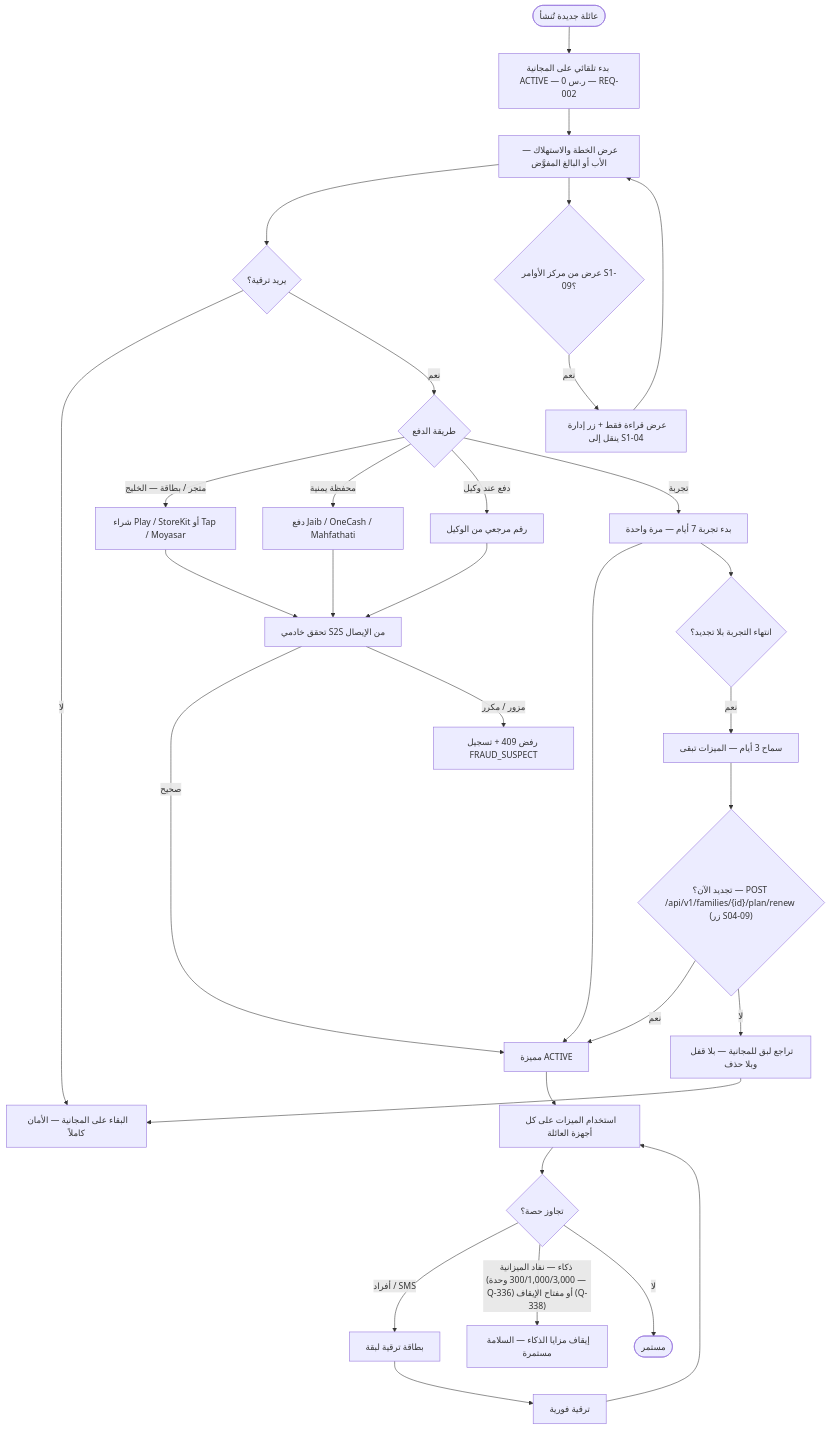
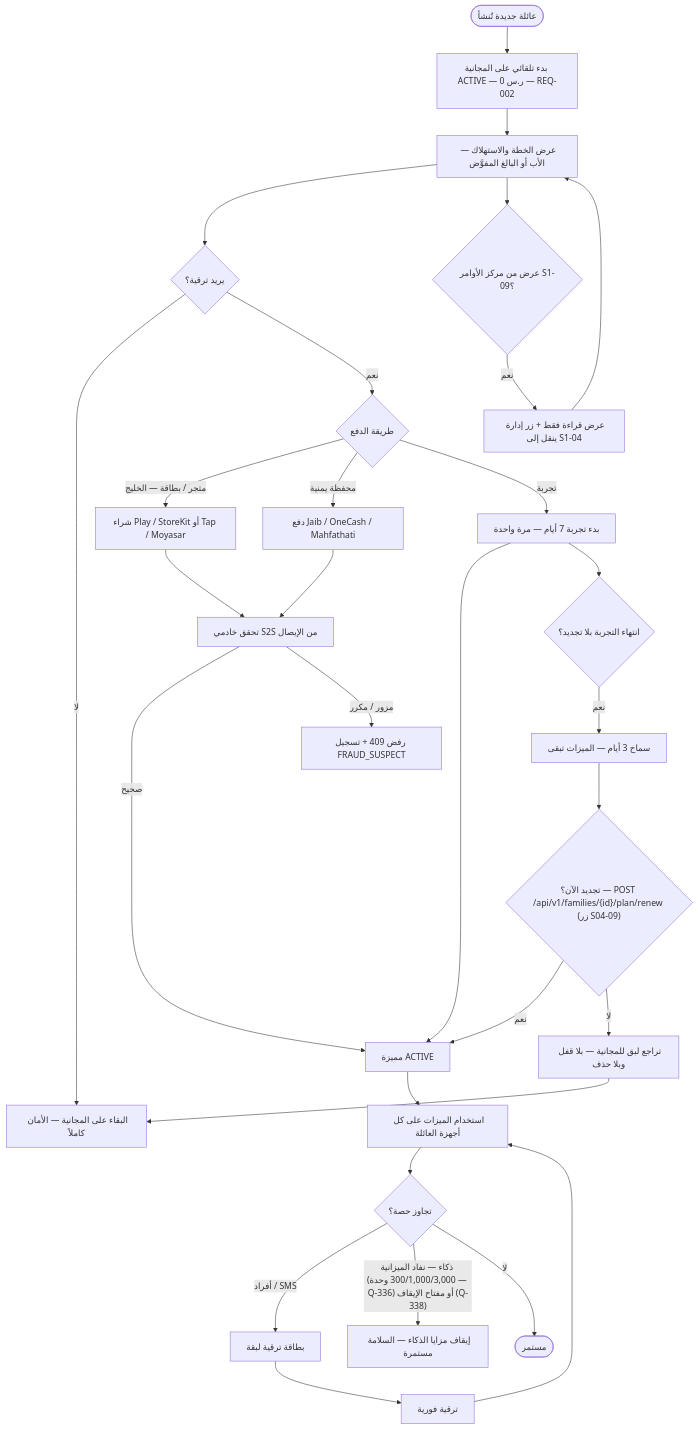
Before and after one commit to Bassam-mohammed-alqaeadi/family-os-v2: the ninth of 11 diagrams in docs/family-os/governance/phases/phase-1/S1-04-plans-and-subscriptions/DIAGRAMS.md, drawn with Mermaid. The commit also changed other lines of this file and 18 other files, not shown here.

````diff
--- a/docs/family-os/governance/phases/phase-1/S1-04-plans-and-subscriptions/DIAGRAMS.md
+++ b/docs/family-os/governance/phases/phase-1/S1-04-plans-and-subscriptions/DIAGRAMS.md
@@ -403,34 +381,32 @@
 ```mermaid
 flowchart TD
     Start([عائلة جديدة تُنشأ]) --> Free[بدء تلقائي على المجانية ACTIVE — 0 ر.س — REQ-002]
     Free --> View[عرض الخطة والاستهلاك — الأب أو البالغ المفوَّض]
     View --> Choice{يريد ترقية؟}
     Choice -->|لا| Stay[البقاء على المجانية — الأمان كاملاً]
     Choice -->|نعم| Channel{طريقة الدفع}
     Channel -->|متجر / بطاقة — الخليج| Store[شراء Play / StoreKit أو Tap / Moyasar]
     Channel -->|محفظة يمنية| Wallet[دفع Jaib / OneCash / Mahfathati]
-    Channel -->|دفع عند وكيل| Agent[رقم مرجعي من الوكيل]
     Channel -->|تجربة| Trial[بدء تجربة 7 أيام — مرة واحدة]
     Store --> Verify[تحقق خادمي S2S من الإيصال]
     Wallet --> Verify
-    Agent --> Verify
     Trial --> Active[مميزة ACTIVE]
     Verify -->|صحيح| Active
     Verify -->|مزور / مكرر| Reject[رفض 409 + تسجيل FRAUD_SUSPECT]
     Active --> Use[استخدام الميزات على كل أجهزة العائلة]
     Use --> Quota{تجاوز حصة؟}
     Quota -->|أفراد / SMS| Card[بطاقة ترقية لبقة]
     Quota -->|"ذكاء — نفاد الميزانية (300/1,000/3,000 وحدة — Q-336) أو مفتاح الإيقاف (Q-338)"| AIOff[إيقاف مزايا الذكاء — السلامة مستمرة]
     Card --> Upgrade[ترقية فورية]
     Upgrade --> Use
     Quota -->|لا| End1([مستمر])
     Trial --> Expire{انتهاء التجربة بلا تجديد؟}
     Expire -->|نعم| Grace[سماح 3 أيام — الميزات تبقى]
     Grace --> Renew{"تجديد الآن؟ — POST /api/v1/families/{id}/plan/renew (زر S04-09)"}
     Renew -->|نعم| Active
     Renew -->|لا| Down[تراجع لبق للمجانية — بلا قفل وبلا حذف]
     Down --> Stay
     View --> Hub{عرض من مركز الأوامر S1-09؟}
     Hub -->|نعم| ReadOnly[عرض قراءة فقط + زر إدارة ينقل إلى S1-04]
     ReadOnly --> View
 ```
````
